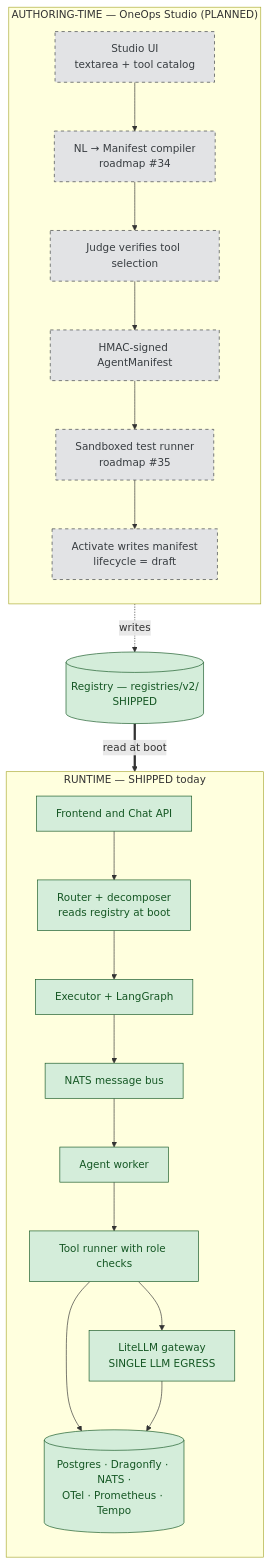
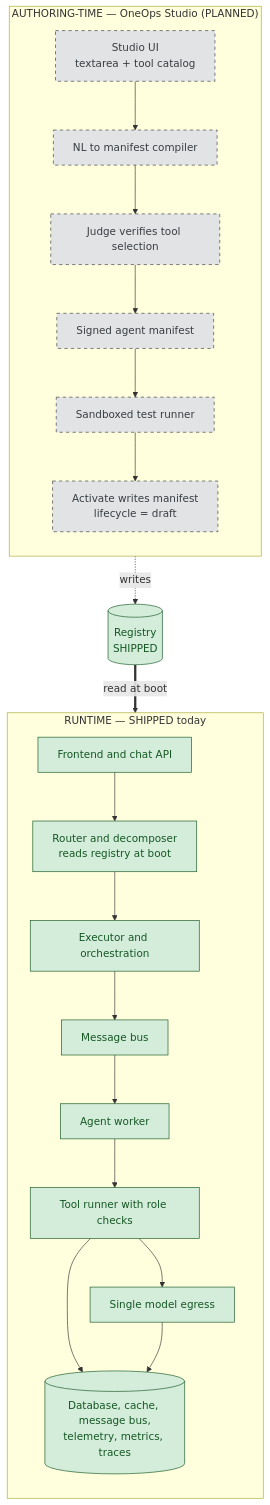
One commit to Kevinparashar/One-ops-NextGen changed the first of 7 diagrams in docs/MANAGEMENT-BRIEFING.md. Above: the diagram before and after it, drawn with Mermaid. The commit also changed other lines of this file and 1 other file, not shown here.

````diff
--- a/docs/MANAGEMENT-BRIEFING.md
+++ b/docs/MANAGEMENT-BRIEFING.md
@@ -42,36 +45,36 @@
 ```mermaid
 flowchart TD
     classDef shipped fill:#d4edda,stroke:#155724,color:#155724
     classDef planned fill:#e2e3e5,stroke:#383d41,color:#383d41,stroke-dasharray:5 5
 
     subgraph AUTH["AUTHORING-TIME — OneOps Studio (PLANNED)"]
         direction TB
         ST_UI["Studio UI<br/>textarea + tool catalog"]:::planned
-        ST_COMP["NL → Manifest compiler<br/>roadmap #34"]:::planned
+        ST_COMP["NL to manifest compiler"]:::planned
         ST_JUDGE["Judge verifies tool selection"]:::planned
-        ST_SIGN["HMAC-signed AgentManifest"]:::planned
-        ST_TEST["Sandboxed test runner<br/>roadmap #35"]:::planned
+        ST_SIGN["Signed agent manifest"]:::planned
+        ST_TEST["Sandboxed test runner"]:::planned
         ST_ACT["Activate writes manifest<br/>lifecycle = draft"]:::planned
         ST_UI --> ST_COMP --> ST_JUDGE --> ST_SIGN --> ST_TEST --> ST_ACT
     end
 
-    REG[("Registry — registries/v2/<br/>SHIPPED")]:::shipped
+    REG[("Registry<br/>SHIPPED")]:::shipped
 
     subgraph RUN["RUNTIME — SHIPPED today"]
         direction TB
-        UI["Frontend and Chat API"]:::shipped
-        ROUTER["Router + decomposer<br/>reads registry at boot"]:::shipped
-        EXEC["Executor + LangGraph"]:::shipped
-        NATS["NATS message bus"]:::shipped
+        UI["Frontend and chat API"]:::shipped
+        ROUTER["Router and decomposer<br/>reads registry at boot"]:::shipped
+        EXEC["Executor and orchestration"]:::shipped
+        NATS["Message bus"]:::shipped
         AGENT["Agent worker"]:::shipped
         TOOLS["Tool runner with role checks"]:::shipped
-        LLM["LiteLLM gateway<br/>SINGLE LLM EGRESS"]:::shipped
-        STACK[("Postgres · Dragonfly · NATS ·<br/>OTel · Prometheus · Tempo")]:::shipped
+        LLM["Single model egress"]:::shipped
+        STACK[("Database, cache, message bus,<br/>telemetry, metrics, traces")]:::shipped
         UI --> ROUTER --> EXEC --> NATS --> AGENT --> TOOLS --> LLM
         TOOLS --> STACK
         LLM --> STACK
     end
 
     ST_ACT -.->|writes| REG
     REG ==>|read at boot| ROUTER
 ```
````
